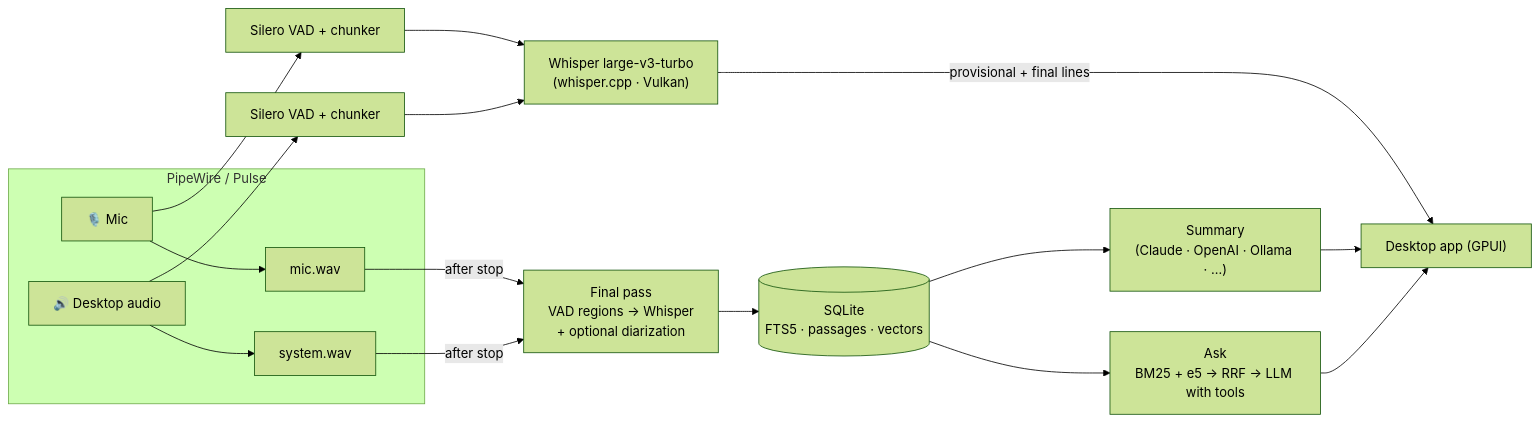
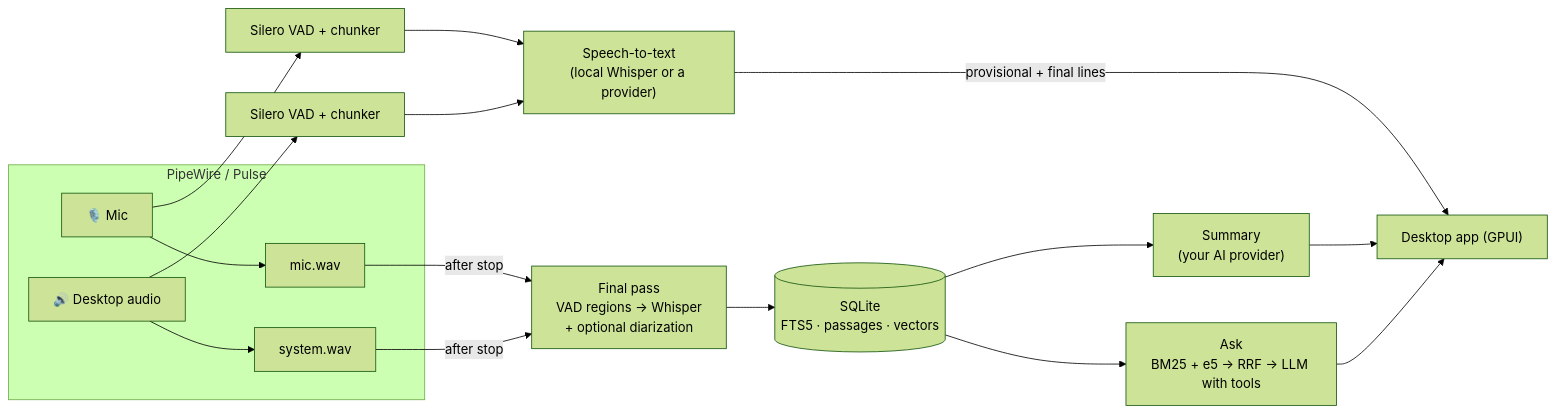
One commit to Mostaxd/Mostalgia changed the diagram in README.md. Above: the diagram before and after it, drawn with Mermaid (forest theme). The commit also changed other lines of this file and 52 other files, not shown here.

````diff
--- a/README.md
+++ b/README.md
@@ -159,16 +188,16 @@
 ```mermaid
 flowchart LR
   subgraph Capture["PipeWire / Pulse"]
     MIC["🎙️ Mic"] --> CM["mic.wav"]
     SYS["🔊 Desktop audio"] --> CS["system.wav"]
   end
   MIC --> VAD1["Silero VAD + chunker"]
   SYS --> VAD2["Silero VAD + chunker"]
-  VAD1 & VAD2 --> W["Whisper large-v3-turbo<br/>(whisper.cpp · Vulkan)"]
+  VAD1 & VAD2 --> W["Speech-to-text<br/>(local Whisper or a provider)"]
   W -->|"provisional + final lines"| UI["Desktop app (GPUI)"]
   CM & CS -->|"after stop"| FP["Final pass<br/>VAD regions → Whisper<br/>+ optional diarization"]
   FP --> DB[("SQLite<br/>FTS5 · passages · vectors")]
-  DB --> SUM["Summary<br/>(Claude · OpenAI · Ollama · …)"]
+  DB --> SUM["Summary<br/>(your AI provider)"]
   DB --> ASK["Ask<br/>BM25 + e5 → RRF → LLM with tools"]
   SUM & ASK --> UI
 ```
````
